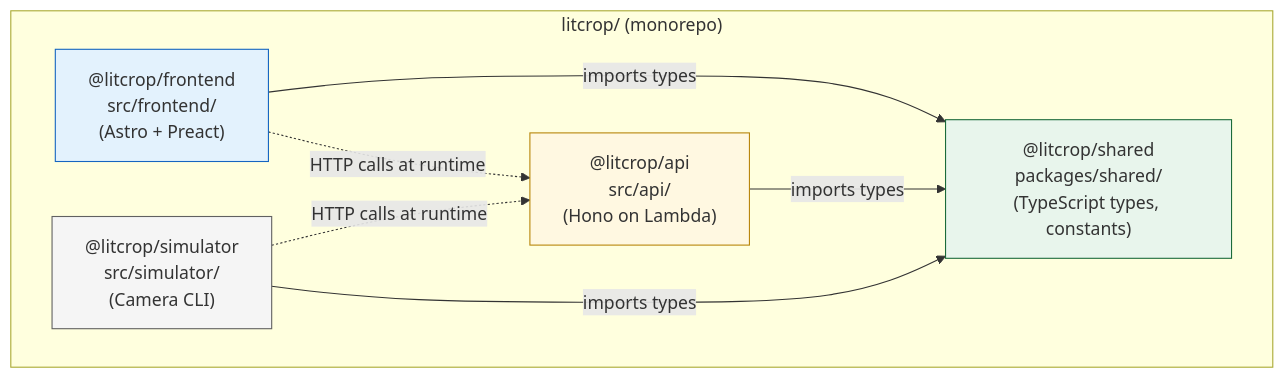
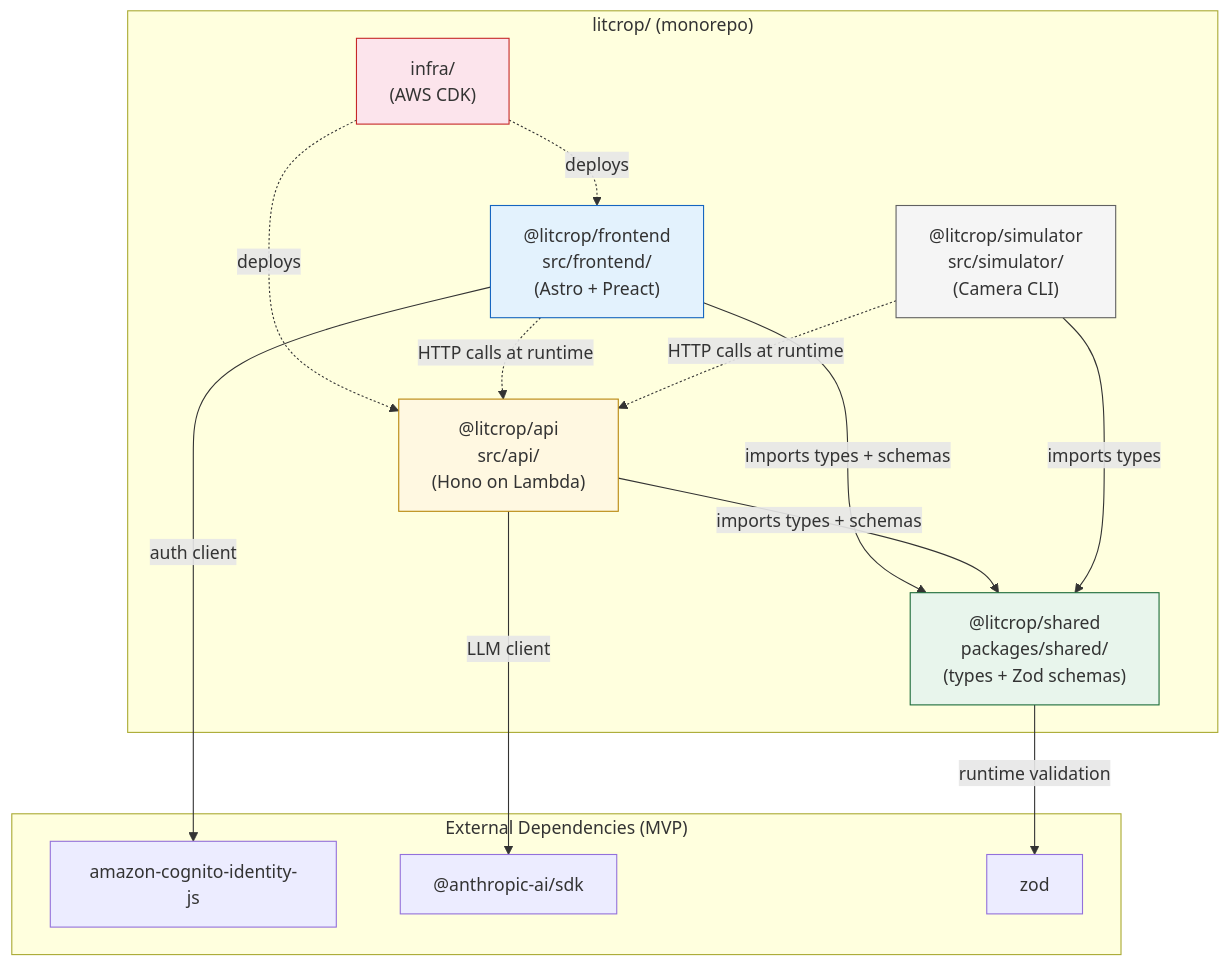
Before and after one commit to ashmuk/litcrop-public: diagram 17 of 19 in docs/SYSTEM-DESIGN.md, drawn with Mermaid. The commit also changed other lines of this file and 8 other files, not shown here.

````diff
--- a/docs/SYSTEM-DESIGN.md
+++ b/docs/SYSTEM-DESIGN.md
@@ -983,24 +1251,40 @@
 ```mermaid
 graph TD
     subgraph Monorepo["litcrop/ (monorepo)"]
-        SHARED["@litcrop/shared<br/>packages/shared/<br/>(TypeScript types, constants)"]
+        SHARED["@litcrop/shared<br/>packages/shared/<br/>(types + Zod schemas)"]
 
         FE["@litcrop/frontend<br/>src/frontend/<br/>(Astro + Preact)"]
 
         API["@litcrop/api<br/>src/api/<br/>(Hono on Lambda)"]
 
         SIM["@litcrop/simulator<br/>src/simulator/<br/>(Camera CLI)"]
+
+        INFRA["infra/<br/>(AWS CDK)"]
     end
 
-    FE -->|"imports types"| SHARED
-    API -->|"imports types"| SHARED
+    subgraph External["External Dependencies (MVP)"]
+        COGNITO["amazon-cognito-identity-js"]
+        ANTHROPIC["@anthropic-ai/sdk"]
+        ZOD["zod"]
+    end
+
+    FE -->|"imports types + schemas"| SHARED
+    API -->|"imports types + schemas"| SHARED
     SIM -->|"imports types"| SHARED
+
+    FE -->|"auth client"| COGNITO
+    API -->|"LLM client"| ANTHROPIC
+    SHARED -->|"runtime validation"| ZOD
+
+    INFRA -.->|"deploys"| API
+    INFRA -.->|"deploys"| FE
 
     FE -.->|"HTTP calls at runtime"| API
     SIM -.->|"HTTP calls at runtime"| API
 
     style SHARED fill:#E8F5EC,stroke:#1B6B3A
     style FE fill:#E3F2FD,stroke:#1565C0
     style API fill:#FFF8E1,stroke:#B8860B
     style SIM fill:#F5F5F5,stroke:#616161
+    style INFRA fill:#FCE4EC,stroke:#C62828
 ```
````
